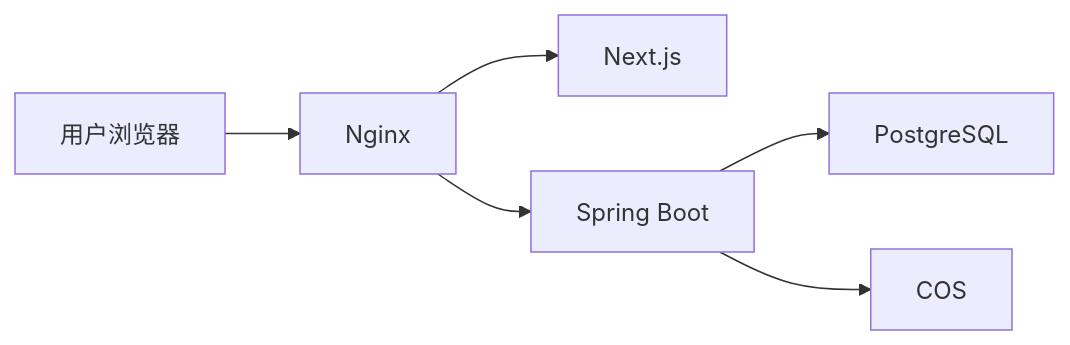
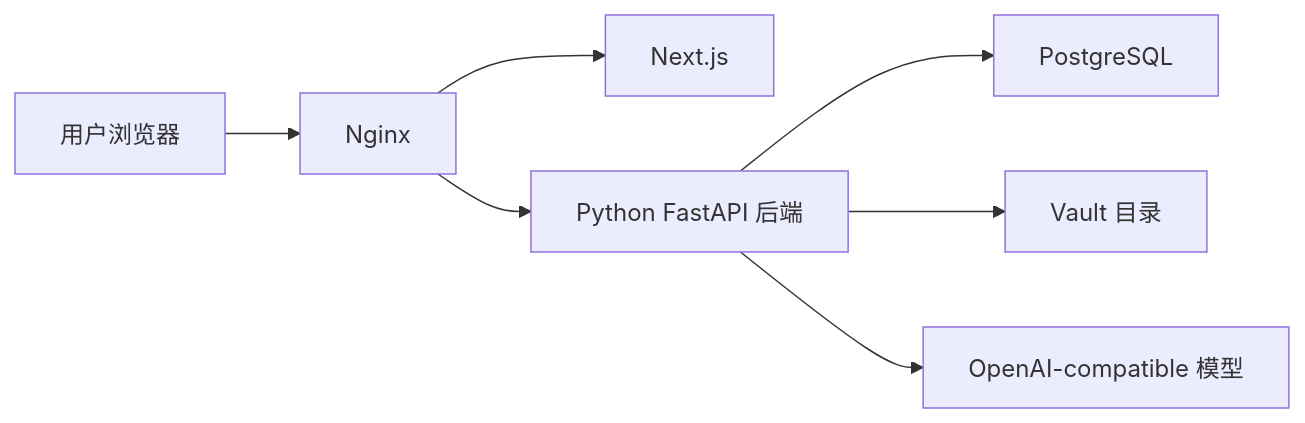
The diagram in docs/ops/deploy-guide.md (rrhww/inkdesk), drawn with Mermaid before and after one commit. The commit also changed other lines of this file and 267 other files, not shown here.

````diff
--- a/docs/ops/deploy-guide.md
+++ b/docs/ops/deploy-guide.md
@@ -29,8 +29,9 @@
 ```mermaid
 flowchart LR
     A["用户浏览器"] --> B["Nginx"]
     B --> C["Next.js"]
-    B --> D["Spring Boot"]
+    B --> D["Python FastAPI 后端"]
     D --> E["PostgreSQL"]
-    D --> F["COS"]
+    D --> F["Vault 目录"]
+    D --> G["OpenAI-compatible 模型"]
 ```
````
